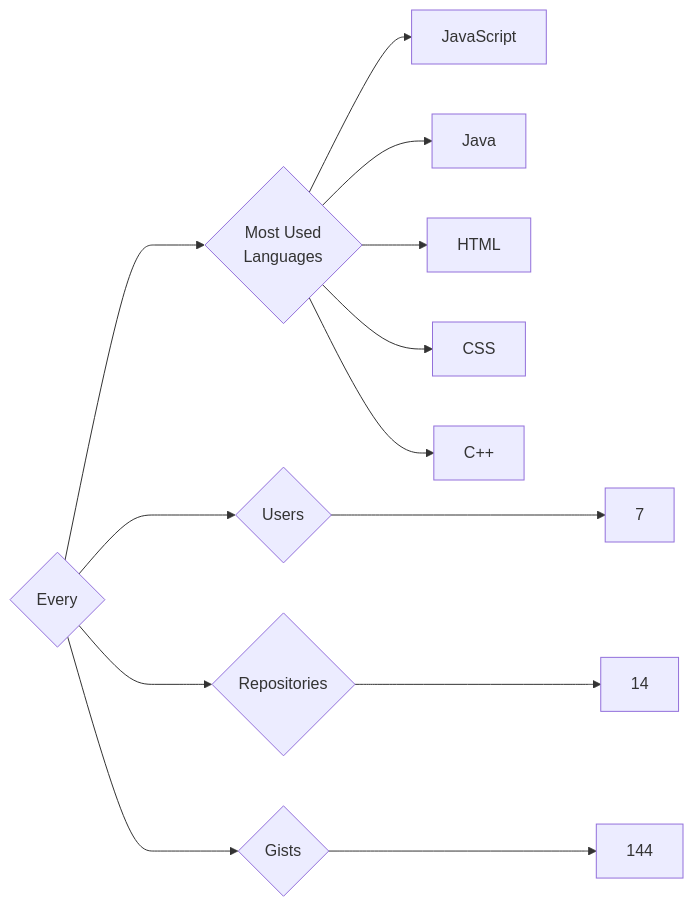
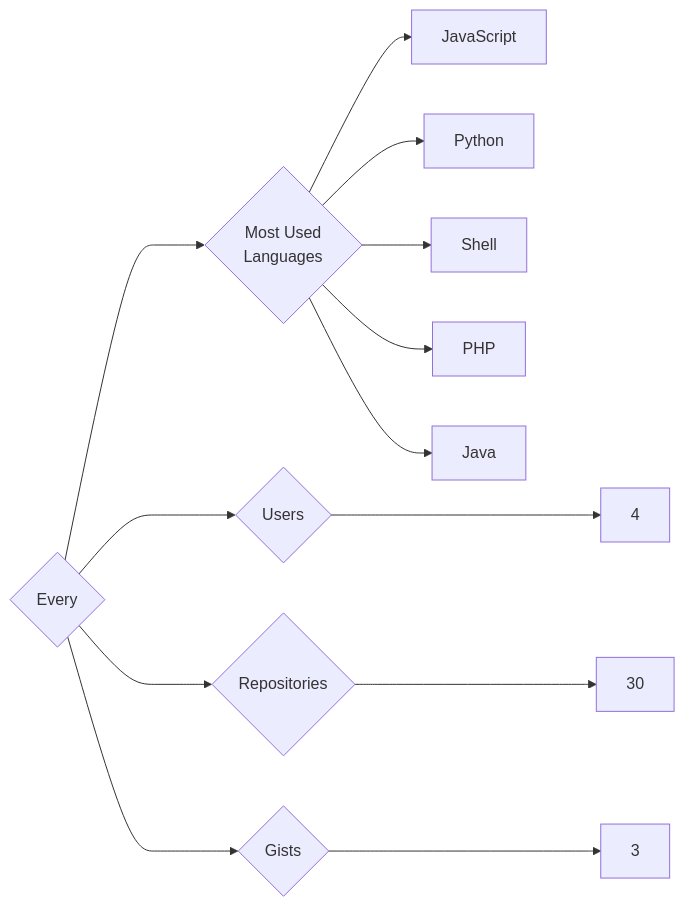
One commit to trickest/insiders changed the diagram in targets/Every/README.md. Above: the diagram before and after it, drawn with Mermaid. The commit also changed 1092 other files, not shown here.

````diff
--- a/targets/Every/README.md
+++ b/targets/Every/README.md
@@ -3,13 +3,13 @@
 ```mermaid
 graph LR
 COMPANY_NAME{Every}
-COMPANY_NAME ---> U{Users} ---> UN[7]
-COMPANY_NAME ---> R{Repositories} ---> RN[14]
-COMPANY_NAME ---> G{Gists} ---> GN[144]
+COMPANY_NAME ---> U{Users} ---> UN[4]
+COMPANY_NAME ---> R{Repositories} ---> RN[30]
+COMPANY_NAME ---> G{Gists} ---> GN[3]
 COMPANY_NAME ---> ML{Most Used<br>Languages}
 ML --> JavaScript[JavaScript]
+ML --> Python[Python]
+ML --> Shell[Shell]
+ML --> PHP[PHP]
 ML --> Java[Java]
-ML --> HTML[HTML]
-ML --> CSS[CSS]
-ML --> C++[C++]
 ```
````
